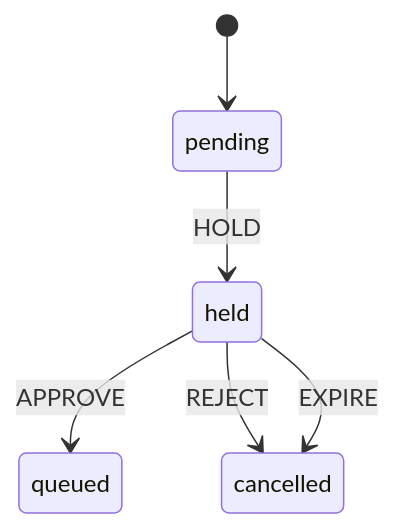
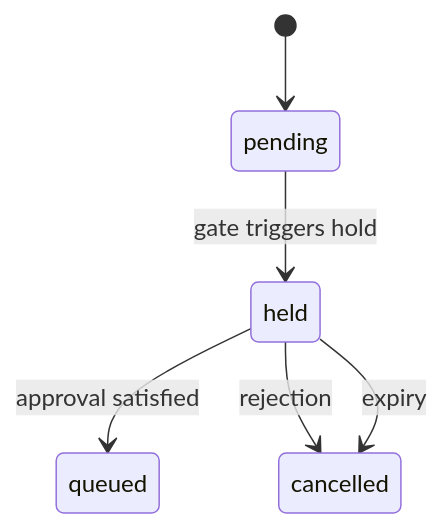
Before and after one commit to kici-dev/kici-public: the first of 2 diagrams in docs/architecture/approvals.md, drawn with Mermaid. The commit also changed other lines of this file and 1147 other files, not shown here.

````diff
--- a/docs/architecture/approvals.md
+++ b/docs/architecture/approvals.md
@@ -50,8 +69,8 @@
 ```mermaid
 stateDiagram-v2
     [*] --> pending
-    pending --> held : HOLD
-    held --> queued : APPROVE
-    held --> cancelled : REJECT
-    held --> cancelled : EXPIRE
+    pending --> held : gate triggers hold
+    held --> queued : approval satisfied
+    held --> cancelled : rejection
+    held --> cancelled : expiry
 ```
````
